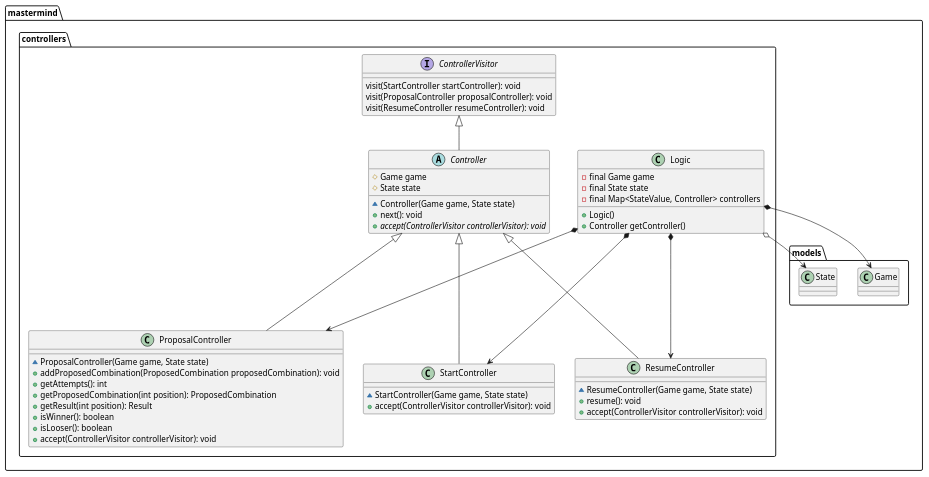
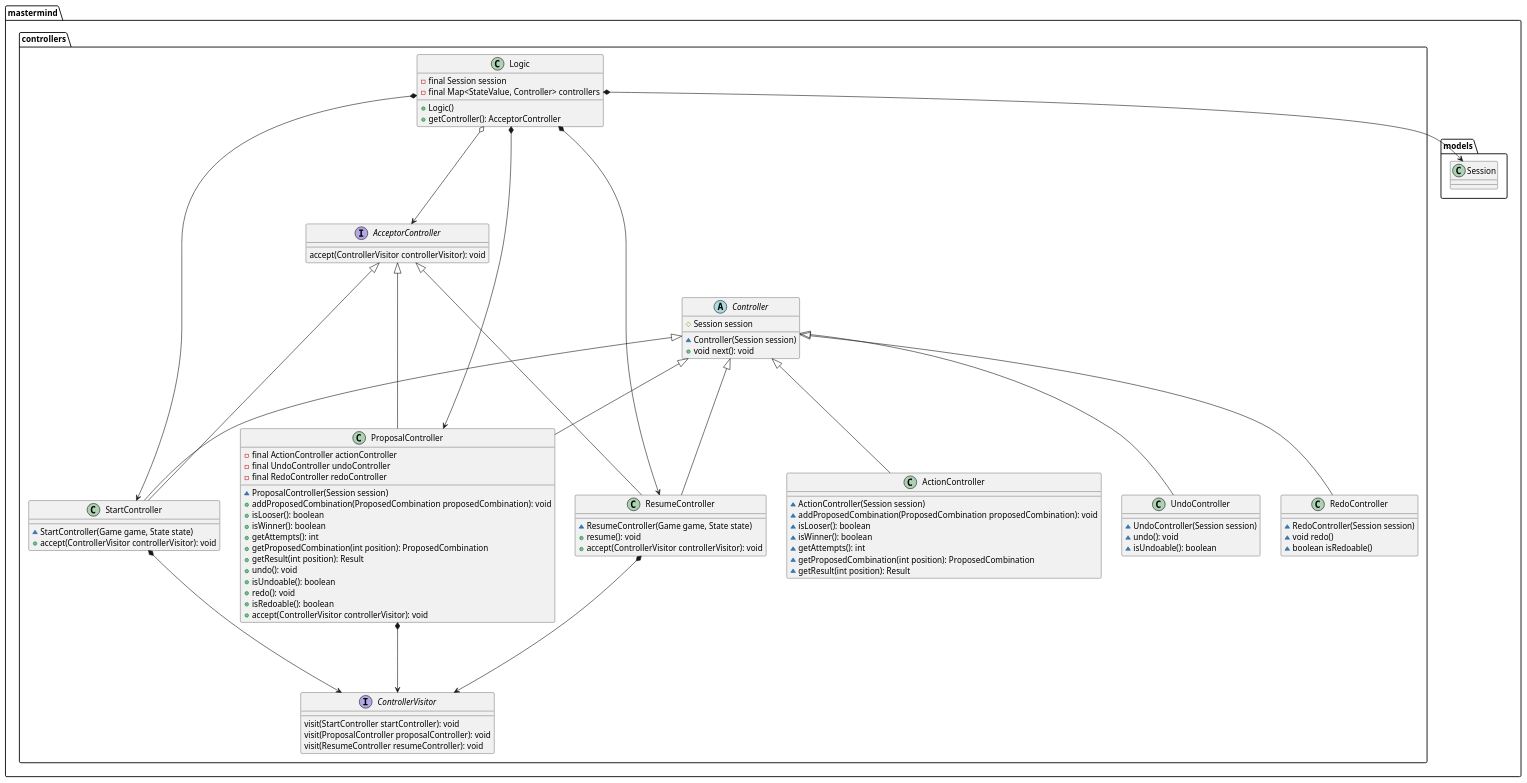
Before and after one commit to TheMercuryBeat/MasterMind: the diagram in docs/uml/PackageMasterMindControllers.puml, drawn with PlantUML. The commit also changed 7 other files, not shown here.

Commit message:
[uml] Update uml diagrams

```diff
--- a/docs/uml/PackageMasterMindControllers.puml
+++ b/docs/uml/PackageMasterMindControllers.puml
@@ -2,67 +2,106 @@
 @startuml
 
 package mastermind.controllers {
 
-  interface ControllerVisitor {
+    interface ControllerVisitor {
        visit(StartController startController): void
        visit(ProposalController proposalController): void
        visit(ResumeController resumeController): void
     }
 
-   abstract class Controller {
-       # Game game
-       # State state
-       ~ Controller(Game game, State state)
-       + next(): void
-       + {abstract} accept(ControllerVisitor controllerVisitor): void
-   }
+    interface AcceptorController {
+        accept(ControllerVisitor controllerVisitor): void
+    }
+
+    abstract class Controller {
+        # Session session
+        ~ Controller(Session session)
+        + void next(): void
+    }
 
     class Logic {
-        - final Game game
-        - final State state
+        - final Session session
         - final Map<StateValue, Controller> controllers
         + Logic()
-        + Controller getController()
+        + getController(): AcceptorController
     }
 
     class ProposalController {
-        ~ ProposalController(Game game, State state)
+        - final ActionController actionController
+        - final UndoController undoController
+        - final RedoController redoController
+        ~ ProposalController(Session session)
         + addProposedCombination(ProposedCombination proposedCombination): void
+        + isLooser(): boolean
+        + isWinner(): boolean
         + getAttempts(): int
         + getProposedCombination(int position): ProposedCombination
         + getResult(int position): Result
-        + isWinner(): boolean
-        + isLooser(): boolean
+        + undo(): void
+        + isUndoable(): boolean
+        + redo(): void
+        + isRedoable(): boolean
         + accept(ControllerVisitor controllerVisitor): void
-    }
+     }
 
     class ResumeController {
         ~ ResumeController(Game game, State state)
         + resume(): void
         + accept(ControllerVisitor controllerVisitor): void
     }
 
     class StartController {
         ~ StartController(Game game, State state)
         + accept(ControllerVisitor controllerVisitor): void
     }
 
+    class ActionController {
+        ~ ActionController(Session session)
+        ~ addProposedCombination(ProposedCombination proposedCombination): void
+        ~ isLooser(): boolean
+        ~ isWinner(): boolean
+        ~ getAttempts(): int
+        ~ getProposedCombination(int position): ProposedCombination
+        ~ getResult(int position): Result
+    }
+
+    class UndoController {
+        ~ UndoController(Session session)
+        ~ undo(): void
+        ~ isUndoable(): boolean
+    }
+
+    class RedoController {
+        ~ RedoController(Session session)
+        ~ void redo()
+        ~ boolean isRedoable()
+    }
+
 }
 
 package mastermind.models {
-    class Game
-    class State
+    class Session
 }
 
-Logic *--> Game
-Logic o--> State
+AcceptorController <|---- StartController
+AcceptorController <|---- ProposalController
+AcceptorController <|---- ResumeController
 
-ControllerVisitor <|-- Controller
 Controller <|--- StartController
 Controller <|--- ProposalController
+Controller <|--- ActionController
+Controller <|--- UndoController
+Controller <|--- RedoController
 Controller <|--- ResumeController
+
+StartController *---> ControllerVisitor
+ProposalController *---> ControllerVisitor
+ResumeController *---> ControllerVisitor
+
+Logic *--> Session
 Logic *---> StartController
 Logic *---> ProposalController
 Logic *---> ResumeController
+Logic o---> AcceptorController
 
 @enduml
```
